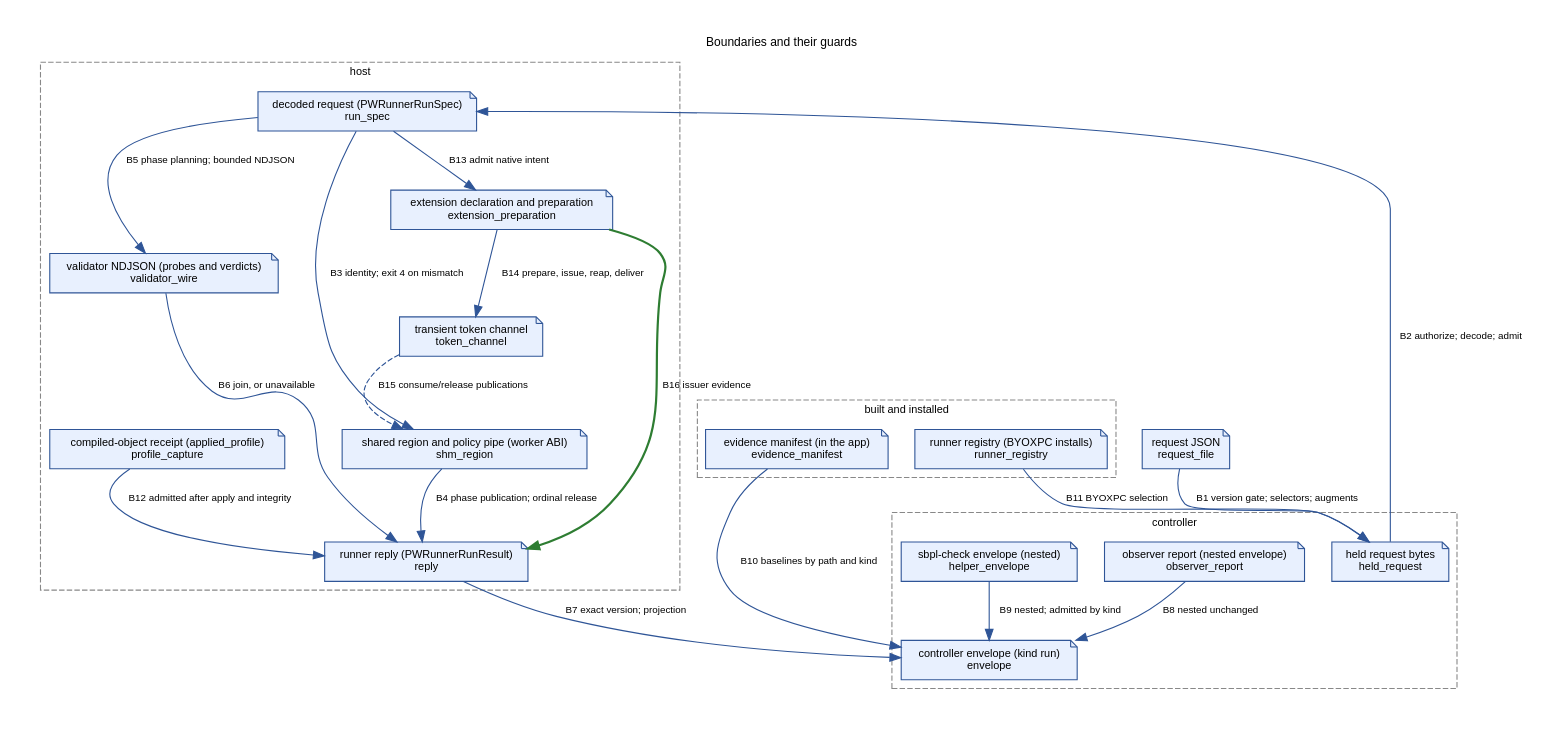
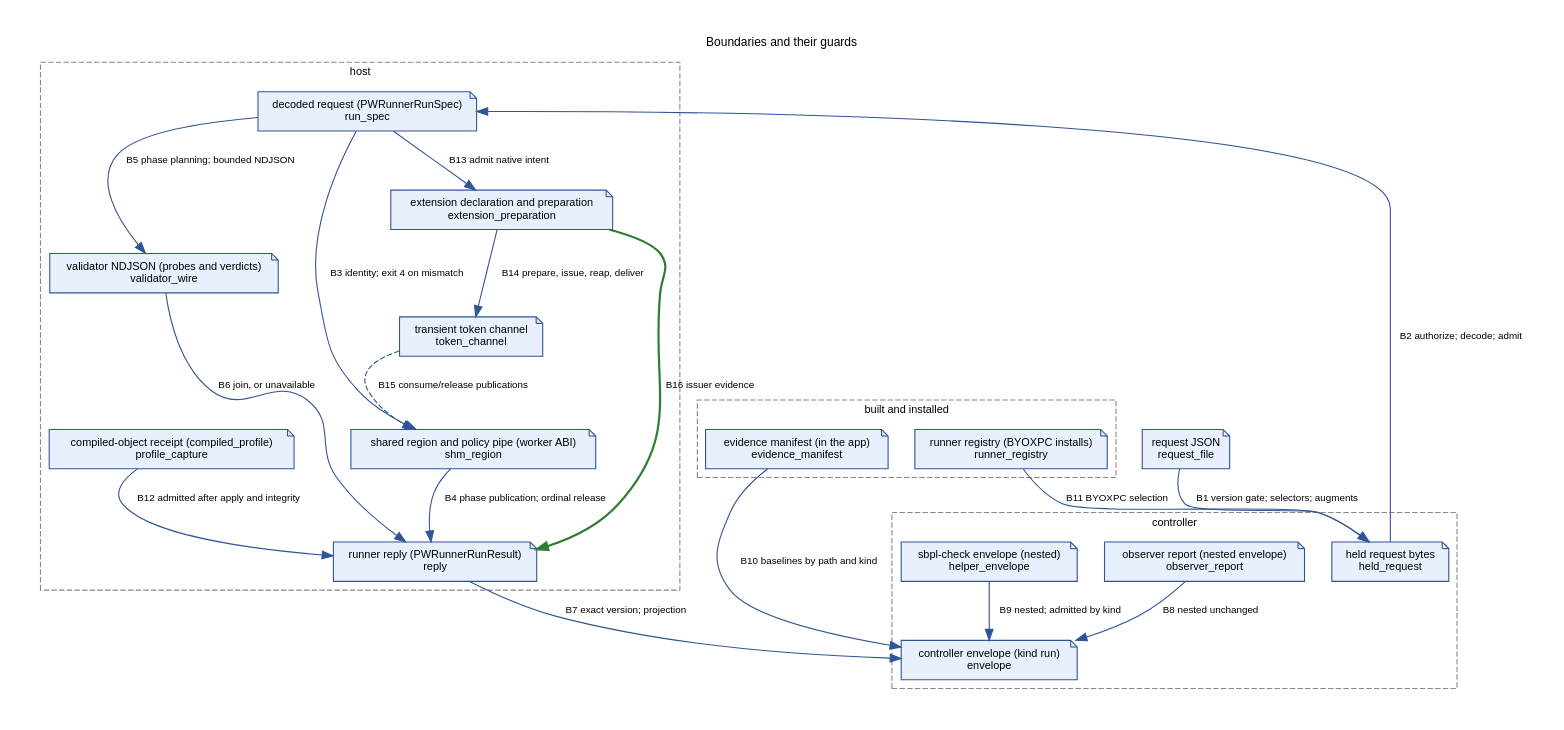
The diagram in docs/architecture-boundaries.dot (Protonk/PolicyWitness), drawn with Graphviz before and after one commit. The commit also changed 118 other files, not shown here.

Commit message:
Name compiled-profile capture and expose its worker stage

```diff
--- a/docs/architecture-boundaries.dot
+++ b/docs/architecture-boundaries.dot
@@ -1,57 +1,57 @@
 digraph boundaries {
     graph [rankdir=TB, bgcolor="white", fontname="Helvetica", fontsize=11, label="Boundaries and their guards", labelloc=t, pad=0.3, nodesep=0.35, ranksep=0.6];
     node [fontname="Helvetica", fontsize=10];
     edge [fontname="Helvetica", fontsize=9];
     subgraph cluster_controller_side {
         label="controller"; style=dashed; color="#888888"; fontsize=10;
         held_request;
         envelope;
         observer_report;
         helper_envelope;
     }
     subgraph cluster_host_side {
         label="host"; style=dashed; color="#888888"; fontsize=10;
         run_spec;
         shm_region;
         validator_wire;
         reply;
         profile_capture;
         extension_preparation;
         token_channel;
     }
     subgraph cluster_installed {
         label="built and installed"; style=dashed; color="#888888"; fontsize=10;
         evidence_manifest;
         runner_registry;
     }
     request_file [shape="note", style="filled", fillcolor="#e8f0fe", color="#2f5597", label="request JSON\nrequest_file", URL="ARCHITECTURE.md#boundaries-and-their-guards-nodes", tooltip="request_file: request JSON | the caller; a JSON file naming the request schema "];
     held_request [shape="note", style="filled", fillcolor="#e8f0fe", color="#2f5597", label="held request bytes\nheld_request", URL="ARCHITECTURE.md#boundaries-and-their-guards-nodes", tooltip="held_request: held request bytes | the controller; one serialization; selectors stripped, augments spliced "];
     run_spec [shape="note", style="filled", fillcolor="#e8f0fe", color="#2f5597", label="decoded request (PWRunnerRunSpec)\nrun_spec", URL="ARCHITECTURE.md#boundaries-and-their-guards-nodes", tooltip="run_spec: decoded request (PWRunnerRunSpec) | the host; Codable with closed keys "];
     shm_region [shape="note", style="filled", fillcolor="#e8f0fe", color="#2f5597", label="shared region and policy pipe (worker ABI)\nshm_region", URL="ARCHITECTURE.md#boundaries-and-their-guards-nodes", tooltip="shm_region: shared region and policy pipe (worker ABI) | host writes inputs, worker writes outputs; fixed layout; magic at byte 0, source identity at byte 64 "];
     validator_wire [shape="note", style="filled", fillcolor="#e8f0fe", color="#2f5597", label="validator NDJSON (probes and verdicts)\nvalidator_wire", URL="ARCHITECTURE.md#boundaries-and-their-guards-nodes", tooltip="validator_wire: validator NDJSON (probes and verdicts) | host and validator, co-shipped in one bundle; bounded NDJSON; exact kind sb_api_validator_verdict and schema_version 1 "];
     reply [shape="note", style="filled", fillcolor="#e8f0fe", color="#2f5597", label="runner reply (PWRunnerRunResult)\nreply", URL="ARCHITECTURE.md#boundaries-and-their-guards-nodes", tooltip="reply: runner reply (PWRunnerRunResult) | the host; response schema; shape golden "];
-    profile_capture [shape="note", style="filled", fillcolor="#e8f0fe", color="#2f5597", label="compiled-object receipt (applied_profile)\nprofile_capture", URL="ARCHITECTURE.md#boundaries-and-their-guards-nodes", tooltip="profile_capture: compiled-object receipt (applied_profile) | the worker, before apply; admitted by the host; opt-in copy of the compiled object with a nonce; its own schema_version on AppliedProfileCapture "];
+    profile_capture [shape="note", style="filled", fillcolor="#e8f0fe", color="#2f5597", label="compiled-object receipt (compiled_profile)\nprofile_capture", URL="ARCHITECTURE.md#boundaries-and-their-guards-nodes", tooltip="profile_capture: compiled-object receipt (compiled_profile) | the worker, before apply; admitted by the host; opt-in copy of the compiled object with a nonce; CompiledProfileCapture names the worker producer and before_apply stage under its own schema_version "];
     envelope [shape="note", style="filled", fillcolor="#e8f0fe", color="#2f5597", label="controller envelope (kind run)\nenvelope", URL="ARCHITECTURE.md#boundaries-and-their-guards-nodes", tooltip="envelope: controller envelope (kind run) | the controller; envelope frame; shape golden "];
     observer_report [shape="note", style="filled", fillcolor="#e8f0fe", color="#2f5597", label="observer report (nested envelope)\nobserver_report", URL="ARCHITECTURE.md#boundaries-and-their-guards-nodes", tooltip="observer_report: observer report (nested envelope) | the observer; envelope frame; its own observer_schema_version (OBSERVER_SCHEMA_VERSION) inside "];
     helper_envelope [shape="note", style="filled", fillcolor="#e8f0fe", color="#2f5597", label="sbpl-check envelope (nested)\nhelper_envelope", URL="ARCHITECTURE.md#boundaries-and-their-guards-nodes", tooltip="helper_envelope: sbpl-check envelope (nested) | sbpl-check; envelope frame; kind sbpl_check "];
     evidence_manifest [shape="note", style="filled", fillcolor="#e8f0fe", color="#2f5597", label="evidence manifest (in the app)\nevidence_manifest", URL="ARCHITECTURE.md#boundaries-and-their-guards-nodes", tooltip="evidence_manifest: evidence manifest (in the app) | the build; hashes and entitlements of every shipped binary; its own schema_version (EVIDENCE_SCHEMA_VERSION) "];
     runner_registry [shape="note", style="filled", fillcolor="#e8f0fe", color="#2f5597", label="runner registry (BYOXPC installs)\nrunner_registry", URL="ARCHITECTURE.md#boundaries-and-their-guards-nodes", tooltip="runner_registry: runner registry (BYOXPC installs) | the runner commands; additive-field loader; retired kind aliases kept for recovery; its own schema_version (RUNNER_REGISTRY_SCHEMA_VERSION) "];
     extension_preparation [shape="note", style="filled", fillcolor="#e8f0fe", color="#2f5597", label="extension declaration and preparation\nextension_preparation", URL="ARCHITECTURE.md#boundaries-and-their-guards-nodes", tooltip="extension_preparation: extension declaration and preparation | host; submitted references and paths remain distinct from observations; bounded references, realpath result and metadata before issuer launch "];
     token_channel [shape="note", style="filled", fillcolor="#e8f0fe", color="#2f5597", label="transient token channel\ntoken_channel", URL="ARCHITECTURE.md#boundaries-and-their-guards-nodes", tooltip="token_channel: transient token channel | host owns mapping; issuer writes token/publication; worker consumes and erases; separate bounded shared mapping; inherited descriptors closed after mapping; never retained JSON "];
     request_file -> held_request [style="solid", color="#2f5597", label="B1 version gate; selectors; augments", URL="ARCHITECTURE.md#boundaries-and-their-guards-edges", tooltip="B1: request version gate; selector parse; augment resolution |  "];
     held_request -> run_spec [style="solid", color="#2f5597", label="B2 authorize; decode; admit", URL="ARCHITECTURE.md#boundaries-and-their-guards-edges", tooltip="B2: caller authorization; closed-key decode; capacity, then meaning; policy hash |  "];
     run_spec -> shm_region [style="solid", color="#2f5597", label="B3 identity; exit 4 on mismatch", URL="ARCHITECTURE.md#boundaries-and-their-guards-edges", tooltip="B3: host writes identity, counts, phase partitions, the expected policy length and slots; worker refuses mismatched identity, invalid partition or an expectation the source buffer cannot hold |  "];
     shm_region -> reply [style="solid", color="#2f5597", label="B4 phase publication; ordinal release", URL="ARCHITECTURE.md#boundaries-and-their-guards-edges", tooltip="B4: per-phase release/acquire publication; exact ordinal before actions; disposition from raw facts; collection status agrees with validator observations; native result publication and fresh-read consistency before claims |  "];
     run_spec -> validator_wire [style="solid", color="#2f5597", label="B5 phase planning; bounded NDJSON", URL="ARCHITECTURE.md#boundaries-and-their-guards-edges", tooltip="B5: fresh phase planning; bounded strict NDJSON decode; unique step association within the phase |  "];
     validator_wire -> reply [style="solid", color="#2f5597", label="B6 join, or unavailable", URL="ARCHITECTURE.md#boundaries-and-their-guards-edges", tooltip="B6: verdict joined only to its phase and step, or explicit unavailable prediction |  "];
     reply -> envelope [style="solid", color="#2f5597", label="B7 exact version; projection", URL="ARCHITECTURE.md#boundaries-and-their-guards-edges", tooltip="B7: exact response version; disposition validated and projected; reply retained unread when refused |  "];
     observer_report -> envelope [style="solid", color="#2f5597", label="B8 nested unchanged", URL="ARCHITECTURE.md#boundaries-and-their-guards-edges", tooltip="B8: nested unchanged; log evidence never changes execution evidence |  The receiver admits the exact kind, outer envelope version and inner report version before interpretation. Rejected JSON remains opaque; independent transport and execution evidence survive."];
     helper_envelope -> envelope [style="solid", color="#2f5597", label="B9 nested; admitted by kind", URL="ARCHITECTURE.md#boundaries-and-their-guards-edges", tooltip="B9: nested unchanged; admitted by kind and frame version |  "];
     evidence_manifest -> envelope [style="solid", color="#2f5597", label="B10 baselines by path and kind", URL="ARCHITECTURE.md#boundaries-and-their-guards-edges", tooltip="B10: dossier compares selected binaries with manifest baselines; lookup by exact path and kind |  "];
     runner_registry -> held_request [style="solid", color="#2f5597", label="B11 BYOXPC selection", URL="ARCHITECTURE.md#boundaries-and-their-guards-edges", tooltip="B11: selection resolves a BYOXPC target; selector fields stripped before XPC |  "];
     profile_capture -> reply [style="solid", color="#2f5597", label="B12 admitted after apply and integrity", URL="ARCHITECTURE.md#boundaries-and-their-guards-edges", tooltip="B12: admitted only after successful application, worker completion, PID, nonce, input identity and payload integrity checks |  "];
     run_spec -> extension_preparation [style="solid", color="#2f5597", label="B13 admit native intent", URL="ARCHITECTURE.md#boundaries-and-their-guards-edges", tooltip="B13: explicit phases, declaration/action caps, reference order and exec exclusion before preparation |  Declaration count 1 item; consume count 1 item; release count 1 item; references 63 UTF-8 bytes; target 1,023 UTF-8 bytes."];
     extension_preparation -> token_channel [style="solid", color="#2f5597", label="B14 prepare, issue, reap, deliver", URL="ARCHITECTURE.md#boundaries-and-their-guards-edges", tooltip="B14: resolved target and metadata before native issuance; clean issuer reap and bounded publication before worker delivery |  "];
     token_channel -> shm_region [style="dashed", color="#2f5597", label="B15 consume/release publications", URL="ARCHITECTURE.md#boundaries-and-their-guards-edges", tooltip="B15: worker receives transient token separately; publishes delivery and ordered consume/release facts in evidence slots |  "];
     extension_preparation -> reply [style="bold", color="#2e7d32", label="B16 issuer evidence", URL="ARCHITECTURE.md#boundaries-and-their-guards-edges", tooltip="B16: preparation, authority and native issuer/cleanup observations without token bytes |  "];
 }
```
